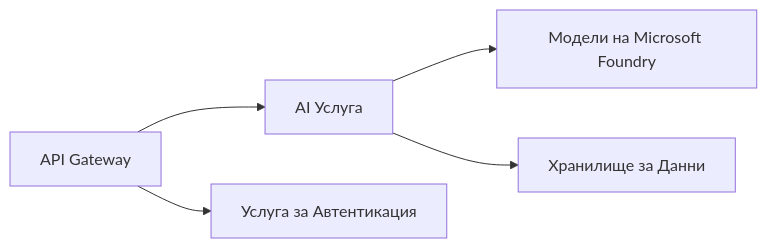
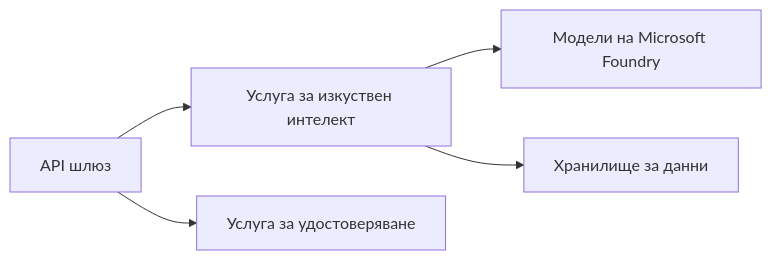
Before and after one commit to microsoft/AZD-for-beginners: the first of 2 diagrams in translations/bg/docs/chapter-08-production/README.md, drawn with Mermaid. The commit also changed other lines of this file and 104 other files, not shown here.

````diff
--- a/translations/bg/docs/chapter-08-production/README.md
+++ b/translations/bg/docs/chapter-08-production/README.md
@@ -48,6 +48,6 @@
 ```mermaid
 graph LR
-    Gateway[API Gateway] --> AI[AI Услуга] --> Models[Модели на Microsoft Foundry]
-    Gateway --> Auth[Услуга за Автентикация]
-    AI --> Data[Хранилище за Данни]
+    Gateway[API шлюз] --> AI[Услуга за изкуствен интелект] --> Models[Модели на Microsoft Foundry]
+    Gateway --> Auth[Услуга за удостоверяване]
+    AI --> Data[Хранилище за данни]
 ```
````
